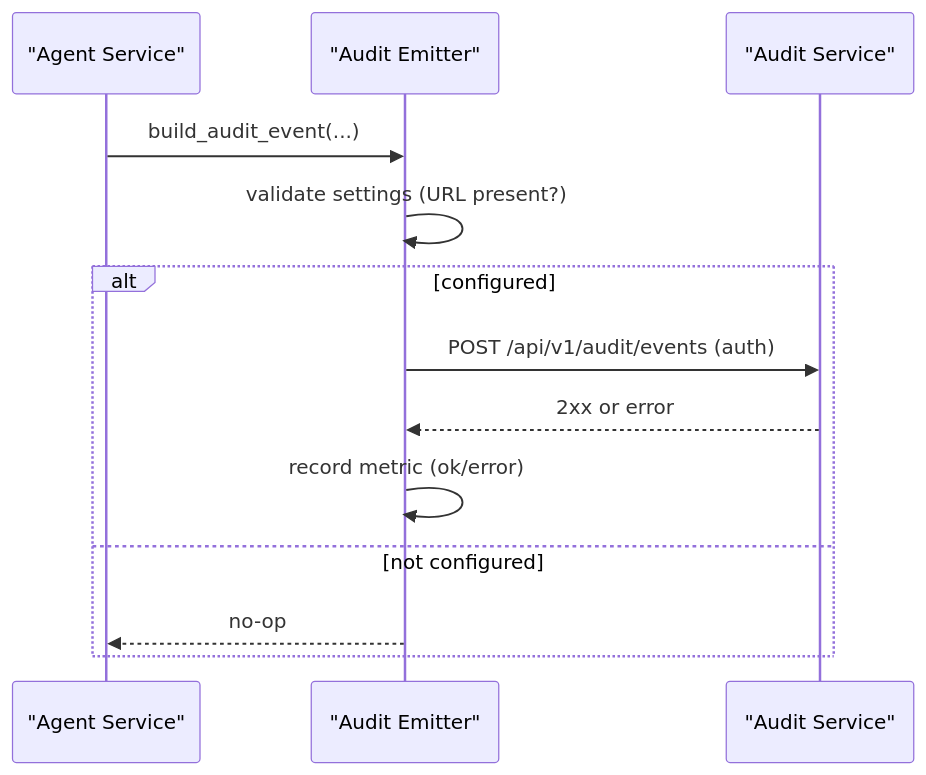
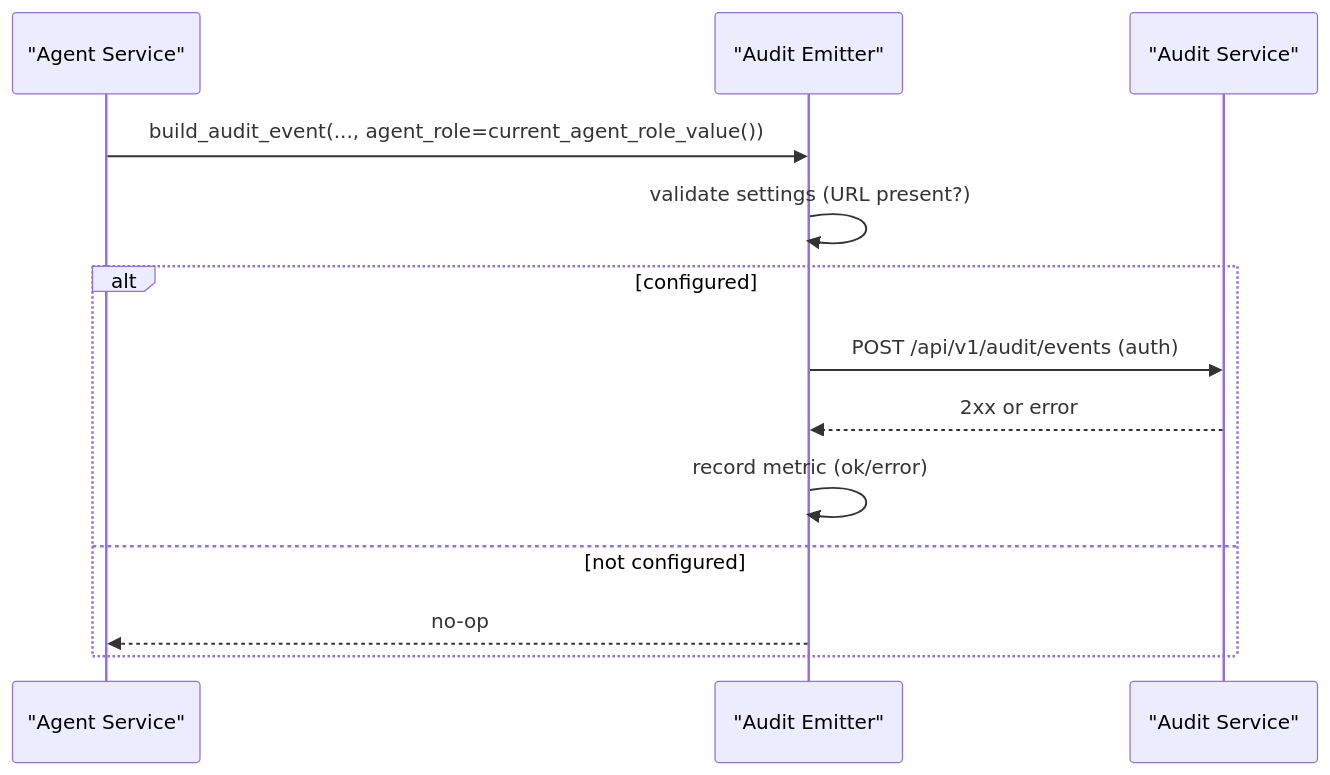
Before and after one commit to metasync/luban-aiops: the fifth of 12 diagrams in .qoder/repowiki/en/content/Core Services/Agent Platform/Evidence Storage and Audit Trail.md, drawn with Mermaid. The commit also changed other lines of this file and 219 other files, not shown here.

````diff
--- a/.qoder/repowiki/en/content/Core Services/Agent Platform/Evidence Storage and Audit Trail.md
+++ b/.qoder/repowiki/en/content/Core Services/Agent Platform/Evidence Storage and Audit Trail.md
@@ -166,15 +215,15 @@
 ```mermaid
 sequenceDiagram
 participant Kernel as "Agent Service"
 participant Emitter as "Audit Emitter"
 participant Audit as "Audit Service"
-Kernel->>Emitter : build_audit_event(...)
+Kernel->>Emitter : build_audit_event(..., agent_role=current_agent_role_value())
 Emitter->>Emitter : validate settings (URL present?)
 alt configured
 Emitter->>Audit : POST /api/v1/audit/events (auth)
 Audit-->>Emitter : 2xx or error
 Emitter->>Emitter : record metric (ok/error)
 else not configured
 Emitter-->>Kernel : no-op
 end
 ```
````
